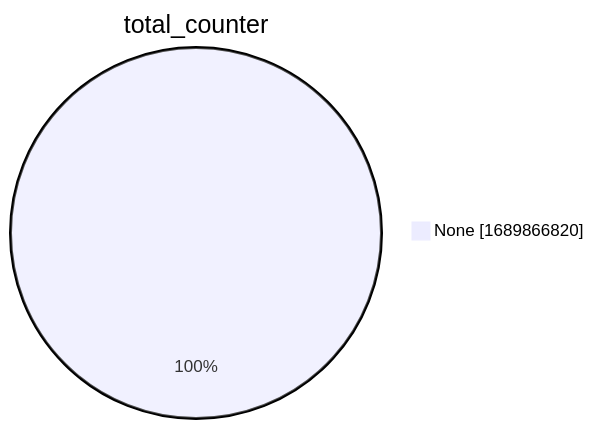
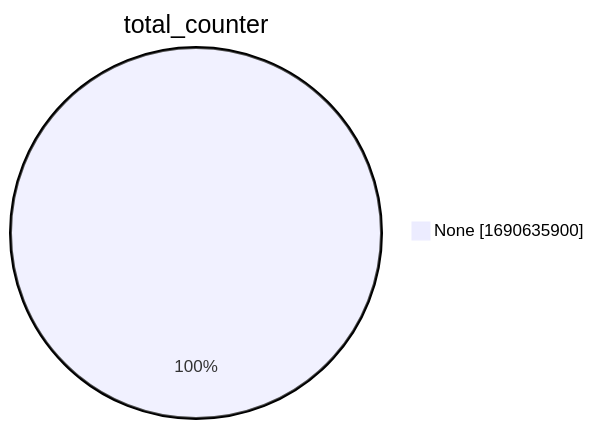
One commit to christiankrug/ctmonitor_visualization changed the second of 15 diagrams in xenon2022/README.md. Above: the diagram before and after it, drawn with Mermaid. The commit also changed other lines of this file, not shown here.

````diff
--- a/xenon2022/README.md
+++ b/xenon2022/README.md
@@ -9,5 +9,5 @@
 ```mermaid
 pie showData
 title total_counter
-"None" :1689866820
+"None" :1690635900
 ```
````
